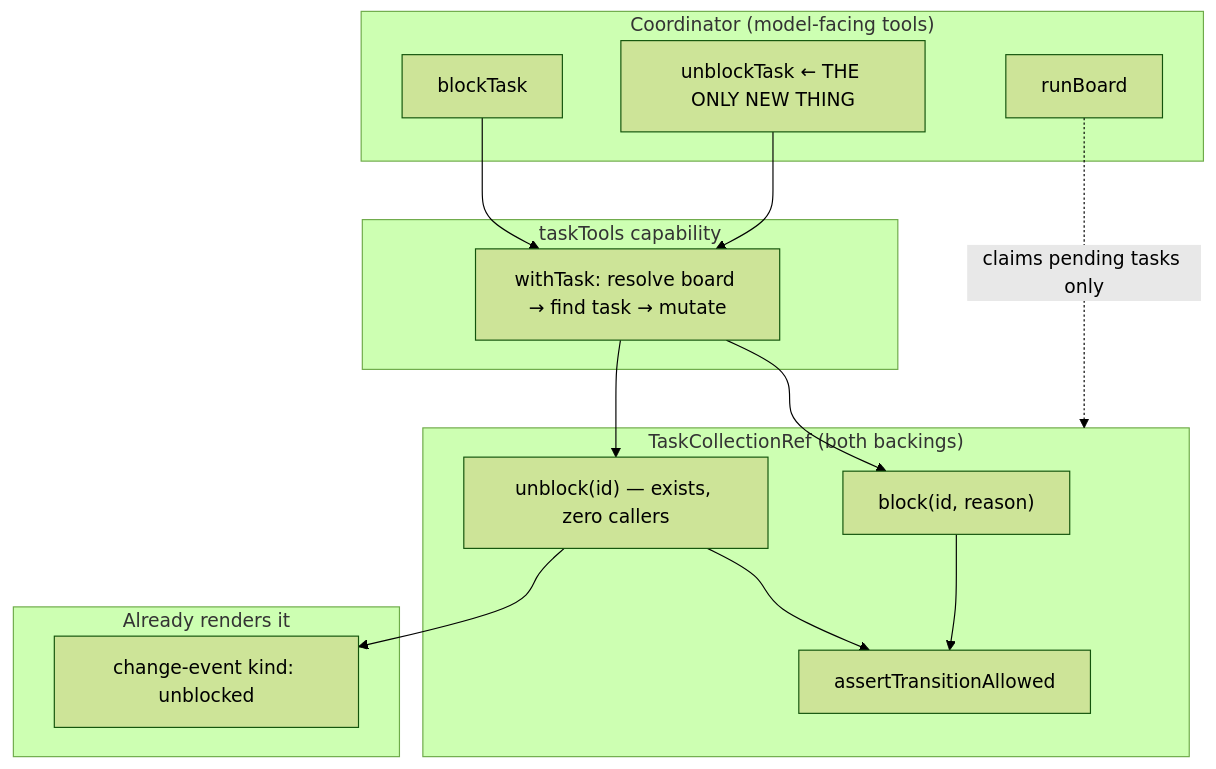
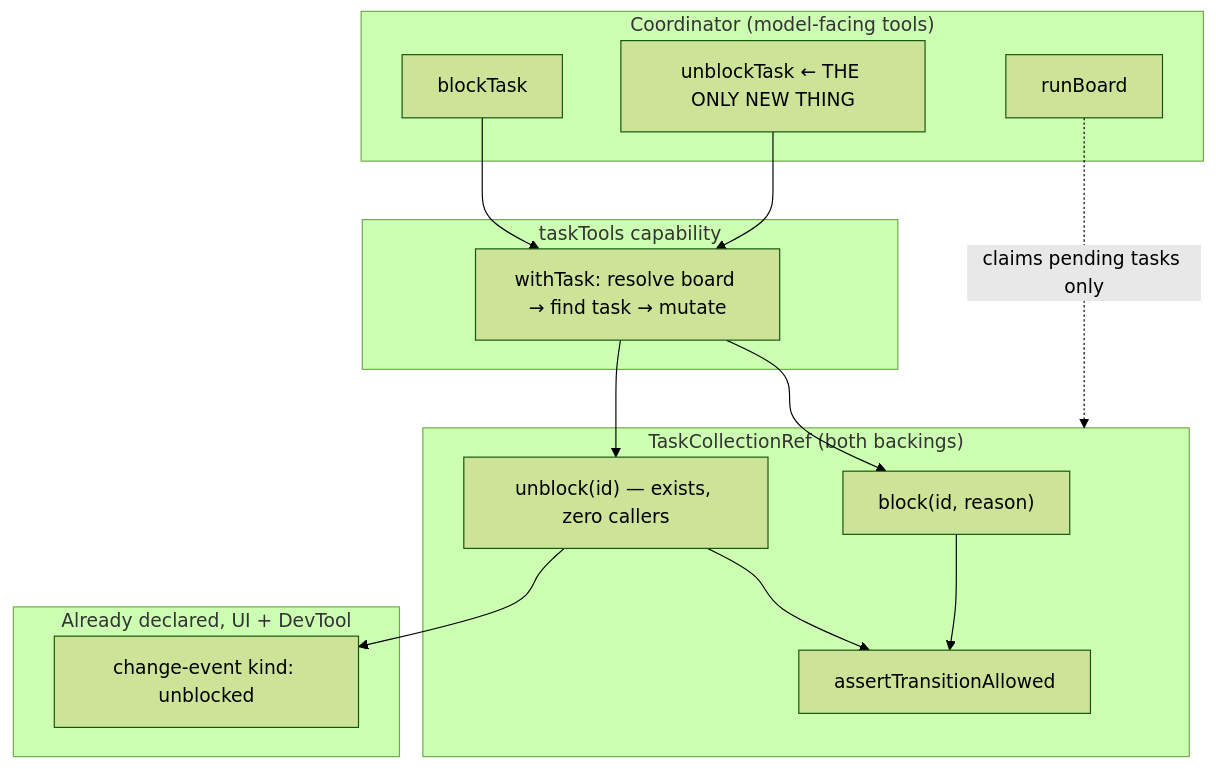
The first of 2 diagrams in docs/specs/FIX-953.md (fixpoint-labs/flow-state-dev), drawn with Mermaid (forest theme) before and after one commit.

Commit message:
spec(FIX-953): correct diagram label

````diff
--- a/docs/specs/FIX-953.md
+++ b/docs/specs/FIX-953.md
@@ -141,23 +141,23 @@
 ```mermaid
 flowchart TD
   subgraph model["Coordinator (model-facing tools)"]
     BT["blockTask"]
     UBT["unblockTask ← THE ONLY NEW THING"]
     RB["runBoard"]
   end
   subgraph tool["taskTools capability"]
     WT["withTask: resolve board → find task → mutate"]
   end
   subgraph coll["TaskCollectionRef (both backings)"]
     B["block(id, reason)"]
     U["unblock(id) — exists, zero callers"]
     AT["assertTransitionAllowed"]
   end
-  subgraph ui["Already renders it"]
+  subgraph ui["Already declared, UI + DevTool"]
     EV["change-event kind: unblocked"]
   end
   BT --> WT --> B --> AT
   UBT --> WT --> U --> AT
   U --> EV
   RB -.->|"claims pending tasks only"| coll
 ```
````
